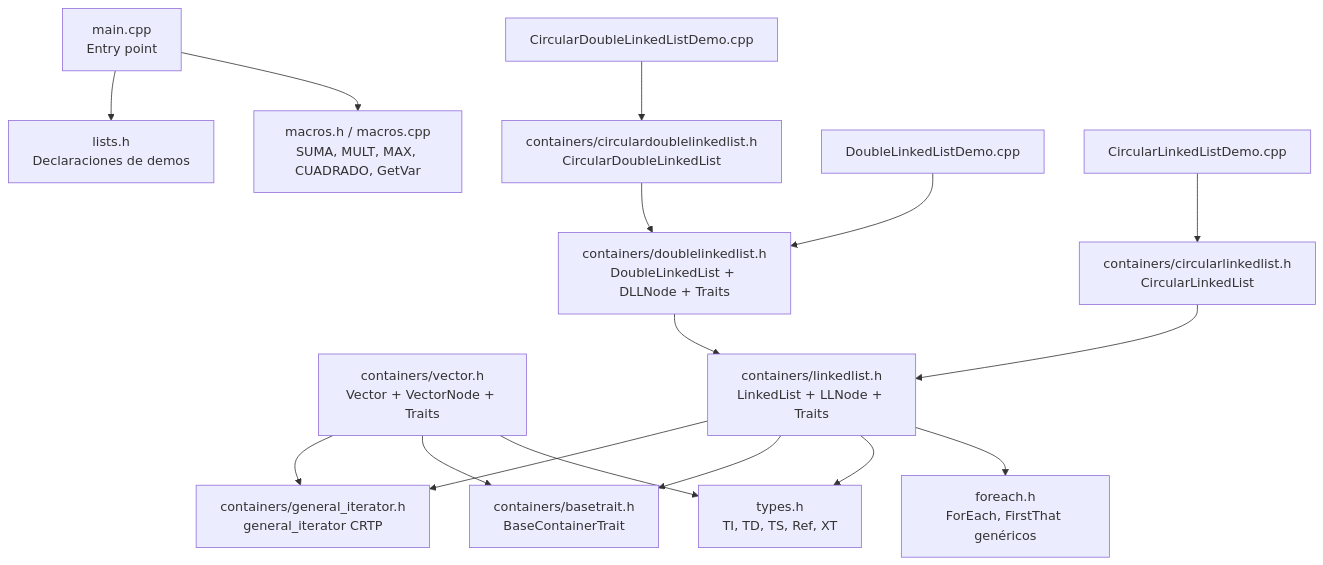
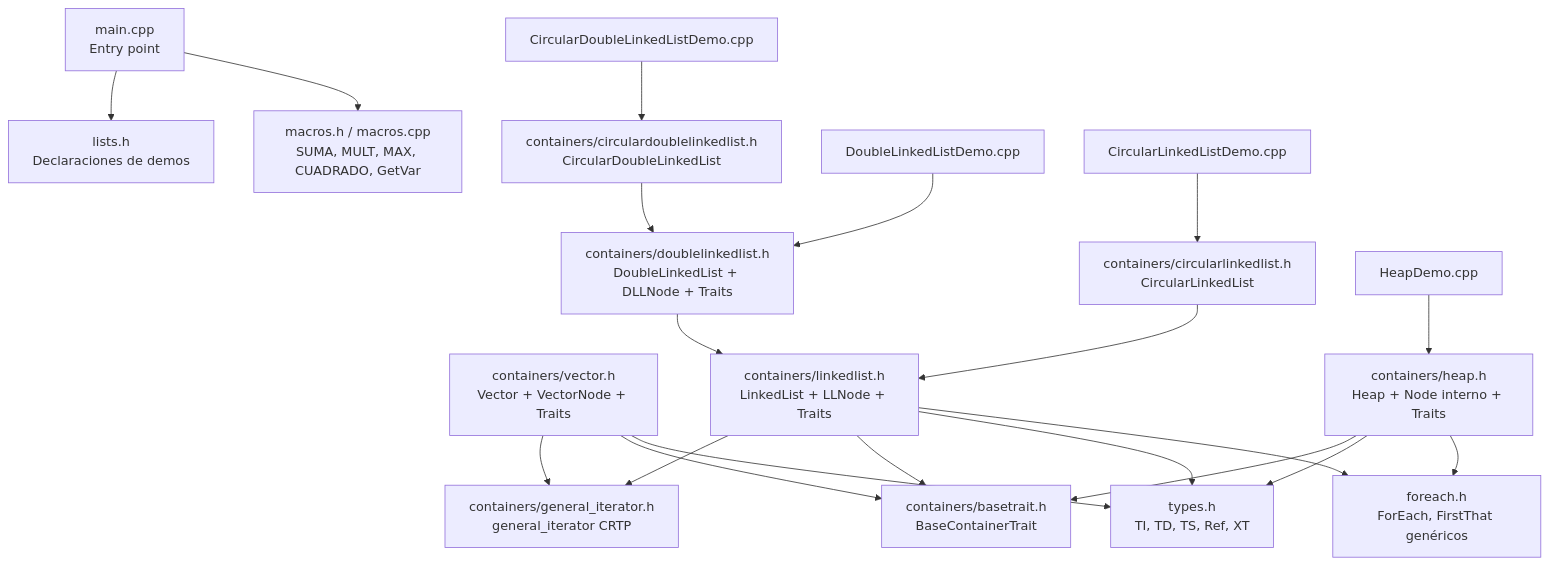
The eighth of 9 diagrams in README.md (Camilo-vinatea/2026-I-MCC001-AED), drawn with Mermaid before and after one commit. The commit also changed other lines of this file and 7 other files, not shown here.

````diff
--- a/README.md
+++ b/README.md
@@ -316,37 +358,43 @@
 ```mermaid
 graph TD
     main["main.cpp<br/>Entry point"]
     lists["lists.h<br/>Declaraciones de demos"]
     types["types.h<br/>TI, TD, TS, Ref, XT"]
     macros["macros.h / macros.cpp<br/>SUMA, MULT, MAX, CUADRADO, GetVar"]
     foreach["foreach.h<br/>ForEach, FirstThat genéricos"]
     basetrait["containers/basetrait.h<br/>BaseContainerTrait"]
     geniter["containers/general_iterator.h<br/>general_iterator CRTP"]
     vector["containers/vector.h<br/>Vector + VectorNode + Traits"]
     ll["containers/linkedlist.h<br/>LinkedList + LLNode + Traits"]
     dll["containers/doublelinkedlist.h<br/>DoubleLinkedList + DLLNode + Traits"]
     cll["containers/circularlinkedlist.h<br/>CircularLinkedList"]
     cdll["containers/circulardoublelinkedlist.h<br/>CircularDoubleLinkedList"]
 
     DemoLL["DoubleLinkedListDemo.cpp"]
     DemoCLL["CircularLinkedListDemo.cpp"]
     DemoCDLL["CircularDoubleLinkedListDemo.cpp"]
+    DemoHeap["HeapDemo.cpp"]
+    heap["containers/heap.h<br/>Heap + Node interno + Traits"]
 
     main --> lists
     main --> macros
     DemoLL --> dll
     DemoCLL --> cll
     DemoCDLL --> cdll
+    DemoHeap --> heap
 
     dll --> ll
     cll --> ll
     cdll --> dll
 
     ll --> geniter
     ll --> basetrait
     ll --> types
     ll --> foreach
     vector --> geniter
     vector --> basetrait
     vector --> types
+    heap --> basetrait
+    heap --> types
+    heap --> foreach
 ```
````
